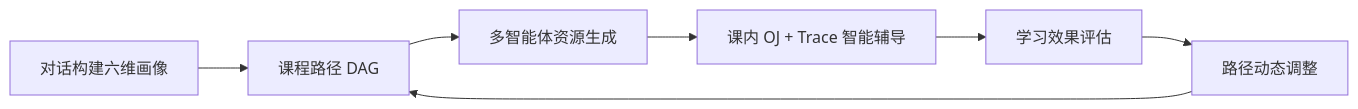
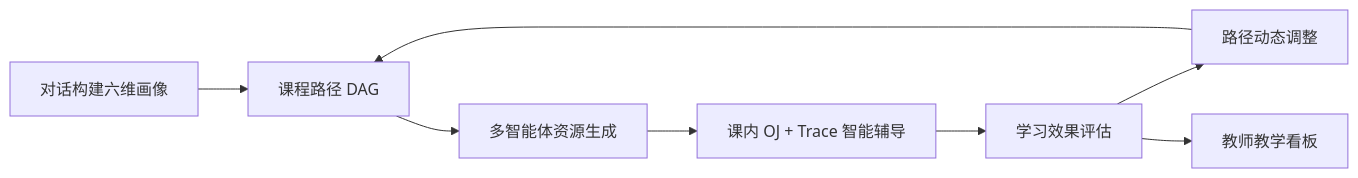
The first of 3 diagrams in README.md (GhostYEH/AlgoPilot), drawn with Mermaid before and after one commit. The commit also changed other lines of this file and 88 other files, not shown here.

````diff
--- a/README.md
+++ b/README.md
@@ -86,9 +86,10 @@
 ```mermaid
 flowchart LR
   A[对话构建六维画像] --> B[课程路径 DAG]
   B --> C[多智能体资源生成]
   C --> D[课内 OJ + Trace 智能辅导]
   D --> E[学习效果评估]
   E --> F[路径动态调整]
   F --> B
+  E --> G[教师教学看板]
 ```
````
